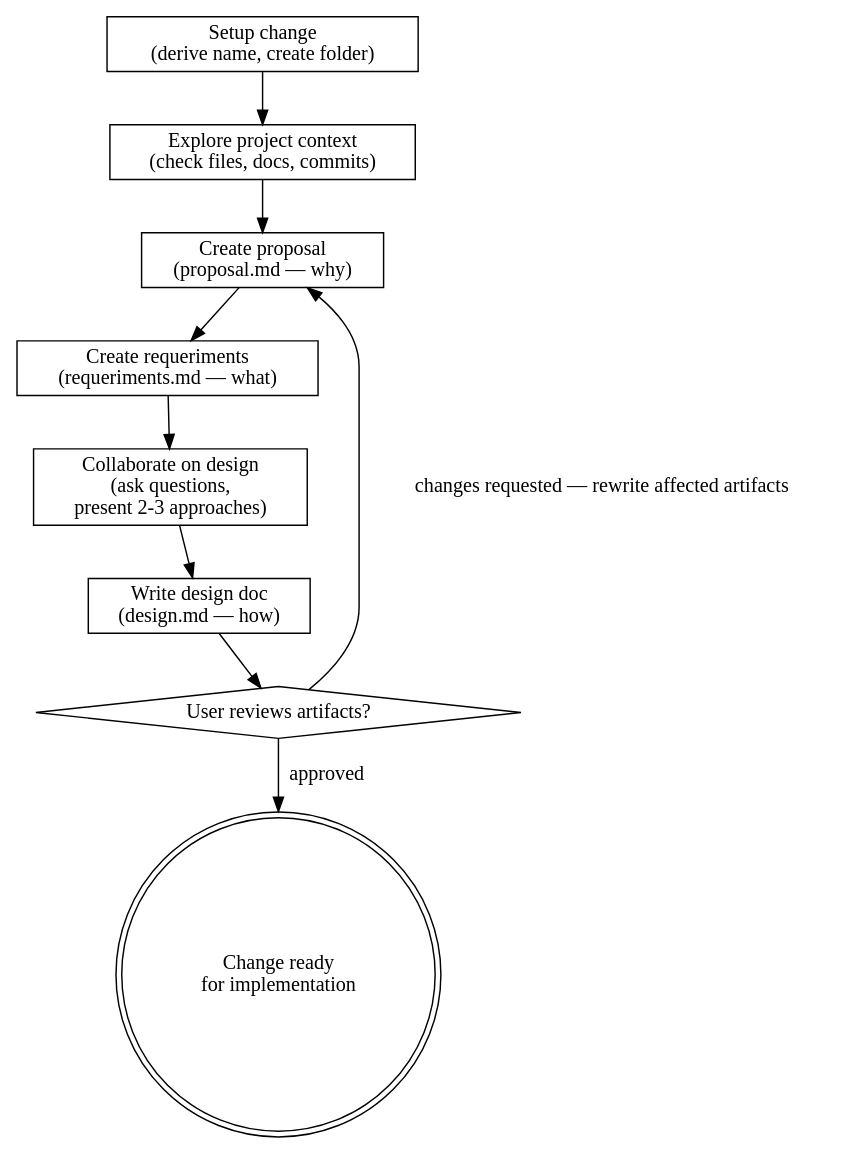
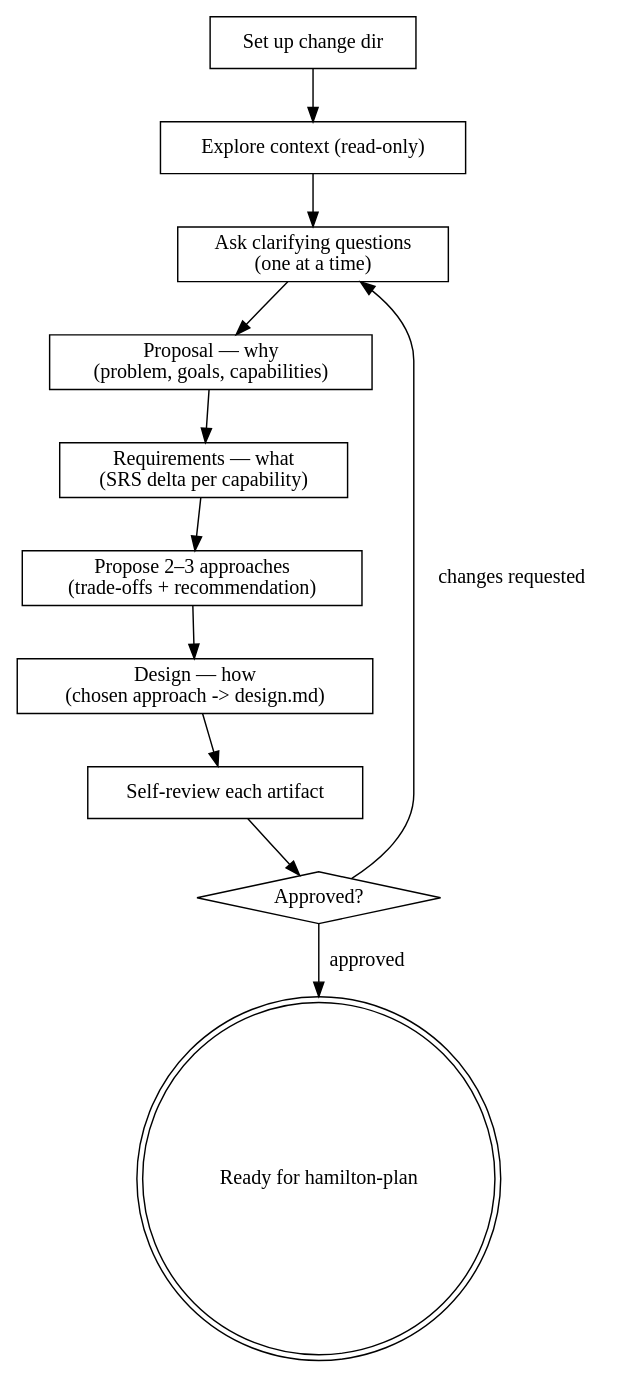
Before and after one commit to caiorcferreira/hamilton: the diagram in skills/hamilton-propose/SKILL.md, drawn with Graphviz. The commit also changed other lines of this file and 4 other files, not shown here.

````diff
--- a/skills/hamilton-propose/SKILL.md
+++ b/skills/hamilton-propose/SKILL.md
@@ -43,21 +82,25 @@
 ```dot
 digraph hamilton_propose {
-    "Setup change\n(derive name, create folder)" [shape=box];
-    "Explore project context\n(check files, docs, commits)" [shape=box];
-    "Create proposal\n(proposal.md — why)" [shape=box];
-    "Create requeriments\n(requeriments.md — what)" [shape=box];
-    "Collaborate on design\n(ask questions,\npresent 2-3 approaches)" [shape=box];
-    "Write design doc\n(design.md — how)" [shape=box];
-    "User reviews artifacts?" [shape=diamond];
-    "Change ready\nfor implementation" [shape=doublecircle];
+    "Set up change dir" [shape=box];
+    "Explore context (read-only)" [shape=box];
+    "Ask clarifying questions\n(one at a time)" [shape=box];
+    "Proposal — why\n(problem, goals, capabilities)" [shape=box];
+    "Requirements — what\n(SRS delta per capability)" [shape=box];
+    "Propose 2–3 approaches\n(trade-offs + recommendation)" [shape=box];
+    "Design — how\n(chosen approach -> design.md)" [shape=box];
+    "Self-review each artifact" [shape=box];
+    "Approved?" [shape=diamond];
+    "Ready for hamilton-plan" [shape=doublecircle];
 
-    "Setup change\n(derive name, create folder)" -> "Explore project context\n(check files, docs, commits)";
-    "Explore project context\n(check files, docs, commits)" -> "Create proposal\n(proposal.md — why)";
-    "Create proposal\n(proposal.md — why)" -> "Create requeriments\n(requeriments.md — what)";
-    "Create requeriments\n(requeriments.md — what)" -> "Collaborate on design\n(ask questions,\npresent 2-3 approaches)";
-    "Collaborate on design\n(ask questions,\npresent 2-3 approaches)" -> "Write design doc\n(design.md — how)";
-    "Write design doc\n(design.md — how)" -> "User reviews artifacts?";
-    "User reviews artifacts?" -> "Create proposal\n(proposal.md — why)" [label="changes requested — rewrite affected artifacts"];
-    "User reviews artifacts?" -> "Change ready\nfor implementation" [label="approved"];
+    "Set up change dir" -> "Explore context (read-only)";
+    "Explore context (read-only)" -> "Ask clarifying questions\n(one at a time)";
+    "Ask clarifying questions\n(one at a time)" -> "Proposal — why\n(problem, goals, capabilities)";
+    "Proposal — why\n(problem, goals, capabilities)" -> "Requirements — what\n(SRS delta per capability)";
+    "Requirements — what\n(SRS delta per capability)" -> "Propose 2–3 approaches\n(trade-offs + recommendation)";
+    "Propose 2–3 approaches\n(trade-offs + recommendation)" -> "Design — how\n(chosen approach -> design.md)";
+    "Design — how\n(chosen approach -> design.md)" -> "Self-review each artifact";
+    "Self-review each artifact" -> "Approved?";
+    "Approved?" -> "Ask clarifying questions\n(one at a time)" [label="changes requested"];
+    "Approved?" -> "Ready for hamilton-plan" [label="approved"];
 }
 ```
````
